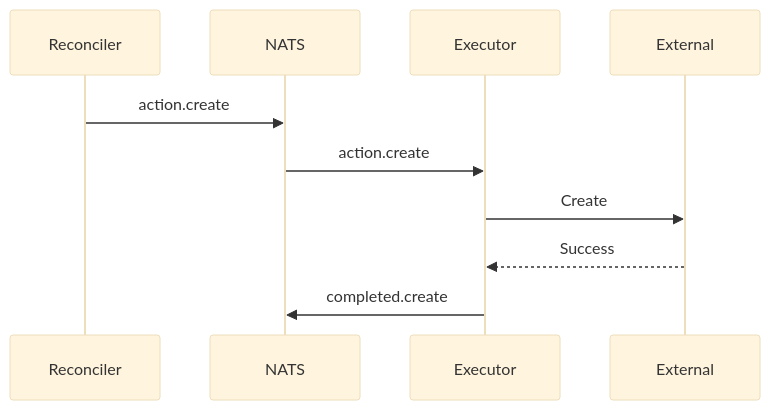
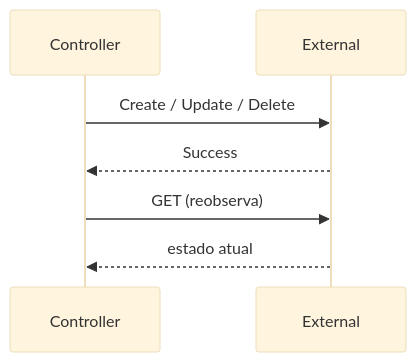
Before and after one commit to danielsabatini/smarkee: the tenth of 16 diagrams in docs/loop/RESOURCE-CONTROL-LOOP.md, drawn with Mermaid (base theme). The commit also changed other lines of this file, not shown here.

````diff
--- a/docs/loop/RESOURCE-CONTROL-LOOP.md
+++ b/docs/loop/RESOURCE-CONTROL-LOOP.md
@@ -880,13 +766,10 @@
 ```mermaid
 sequenceDiagram
-    participant Reconciler
-    participant NATS
-    participant Executor
+    participant Controller
     participant External
 
-    Reconciler->>NATS: action.create
-    NATS->>Executor: action.create
-    Executor->>External: Create
-    External-->>Executor: Success
-    Executor->>NATS: completed.create
+    Controller->>External: Create / Update / Delete
+    External-->>Controller: Success
+    Controller->>External: GET (reobserva)
+    External-->>Controller: estado atual
 ```
````
